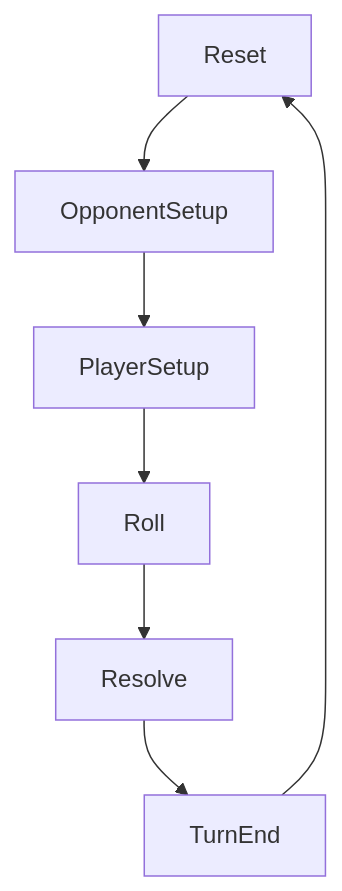
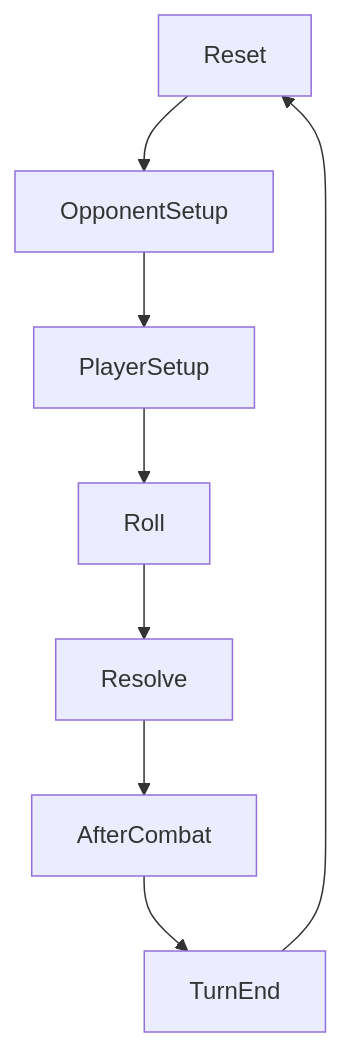
One commit to Fedhori/DiceyKingdom changed the diagram in Docs/Game/Game_Design.md. Above: the diagram before and after it, drawn with Mermaid. The commit also changed other lines of this file and 53 other files, not shown here.

````diff
--- a/Docs/Game/Game_Design.md
+++ b/Docs/Game/Game_Design.md
@@ -38,4 +39,4 @@
 ```mermaid
 flowchart TD
-    Reset --> OpponentSetup --> PlayerSetup --> Roll --> Resolve --> TurnEnd --> Reset
+    Reset --> OpponentSetup --> PlayerSetup --> Roll --> Resolve --> AfterCombat --> TurnEnd --> Reset
 ```
````
